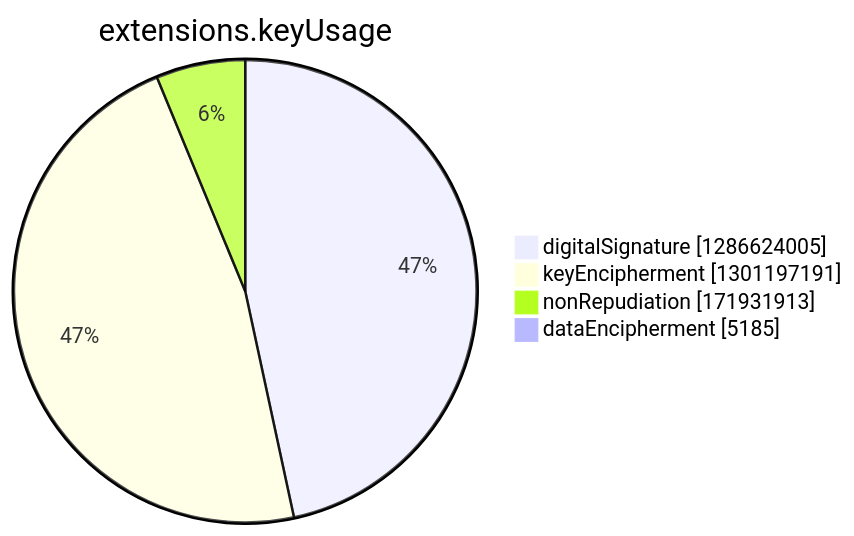
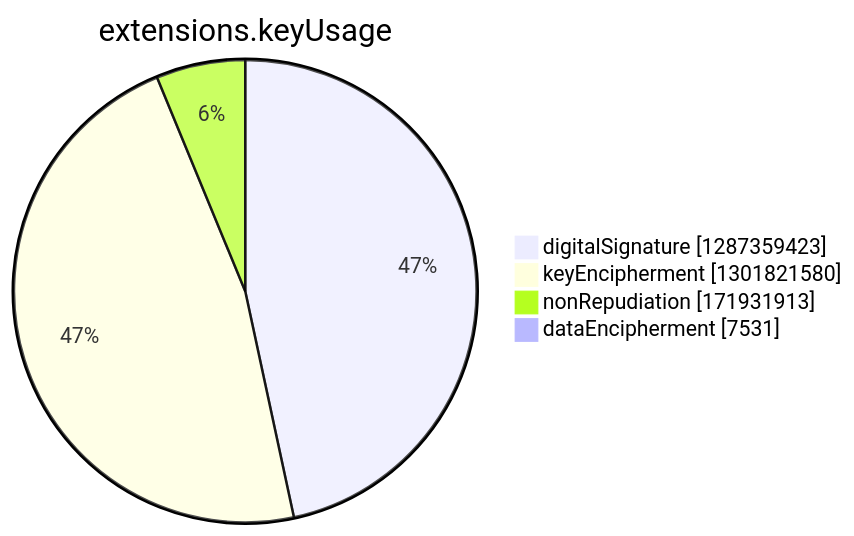
One commit to christiankrug/ctmonitor_visualization changed the seventh of 15 diagrams in argon2022/README.md. Above: the diagram before and after it, drawn with Mermaid. The commit also changed other lines of this file, not shown here.

````diff
--- a/argon2022/README.md
+++ b/argon2022/README.md
@@ -2748,8 +2748,8 @@
 ```mermaid
 pie showData
 title extensions.keyUsage
-"digitalSignature" :1286624005
-"keyEncipherment" :1301197191
+"digitalSignature" :1287359423
+"keyEncipherment" :1301821580
 "nonRepudiation" :171931913
-"dataEncipherment" :5185
+"dataEncipherment" :7531
 ```
````
